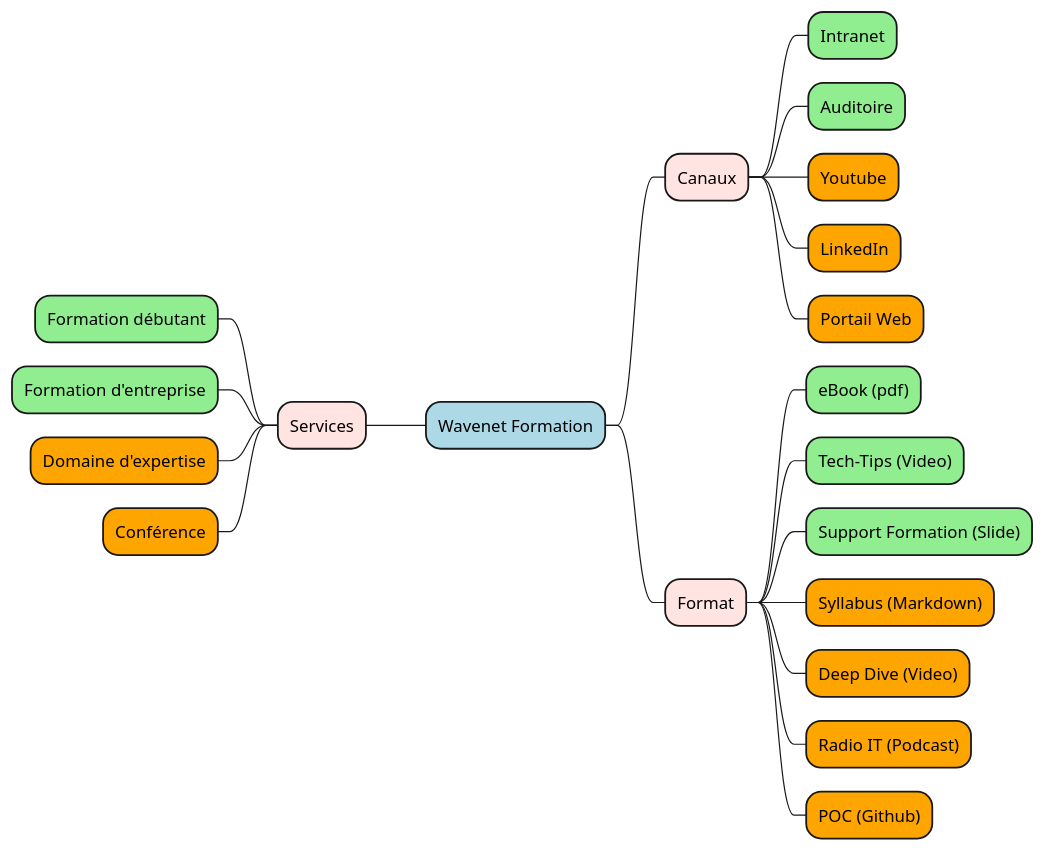
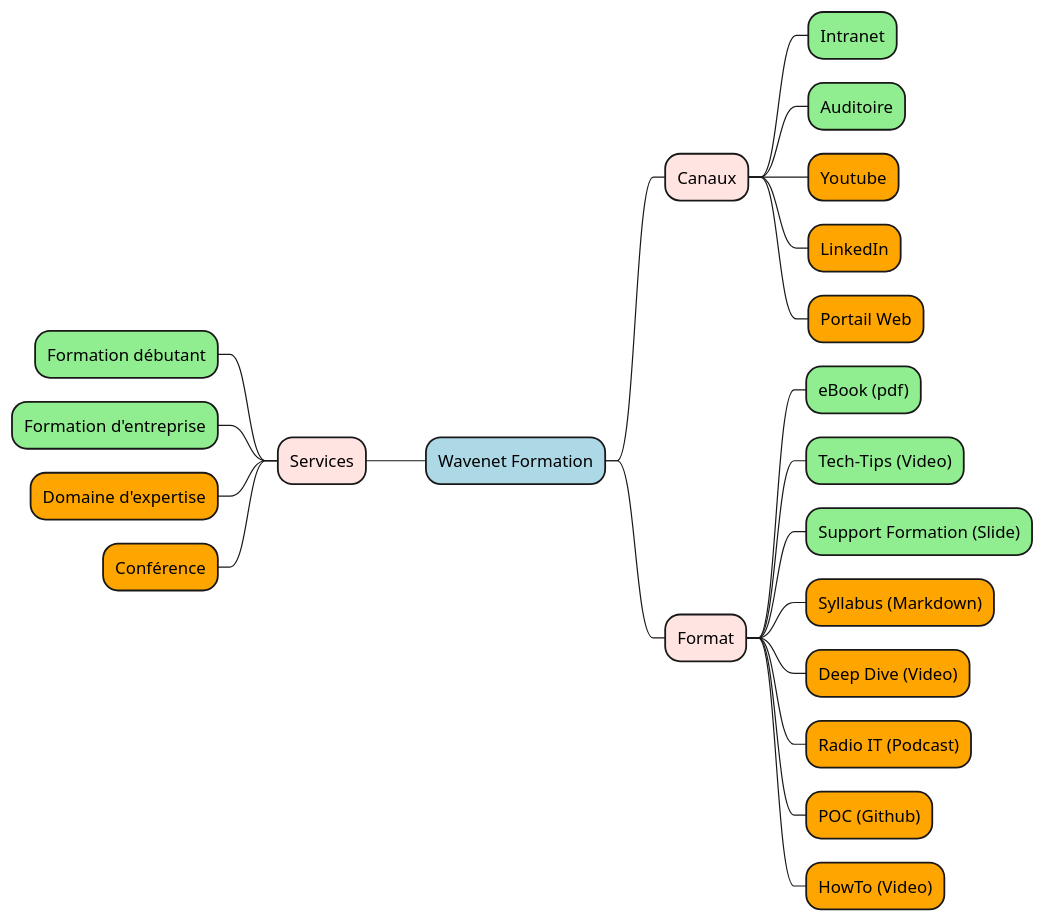
Before and after one commit to diplomegalo/roadmap: the diagram in diagram/formation.puml, drawn with PlantUML. The commit also changed 1 other file, not shown here.

```diff
--- a/diagram/formation.puml
+++ b/diagram/formation.puml
@@ -1,22 +1,23 @@
 @startmindmap
 *[#LightBlue] Wavenet Formation
 --[#MistyRose] Services
 ---[#Lightgreen] Formation débutant
 ---[#Lightgreen] Formation d'entreprise
 ---[#Orange] Domaine d'expertise
 ---[#Orange] Conférence
 **[#MistyRose] Canaux
 ***[#Lightgreen] Intranet
 ***[#Lightgreen] Auditoire
 ***[#Orange] Youtube
 ***[#Orange] LinkedIn
 ***[#Orange] Portail Web
 **[#MistyRose] Format
 ***[#Lightgreen] eBook (pdf)
 ***[#Lightgreen] Tech-Tips (Video)
 ***[#Lightgreen] Support Formation (Slide)
 ***[#Orange] Syllabus (Markdown)
 ***[#Orange] Deep Dive (Video)
 ***[#Orange] Radio IT (Podcast)
 ***[#Orange] POC (Github)
+***[#Orange] HowTo (Video)
 @endmindmap
```
